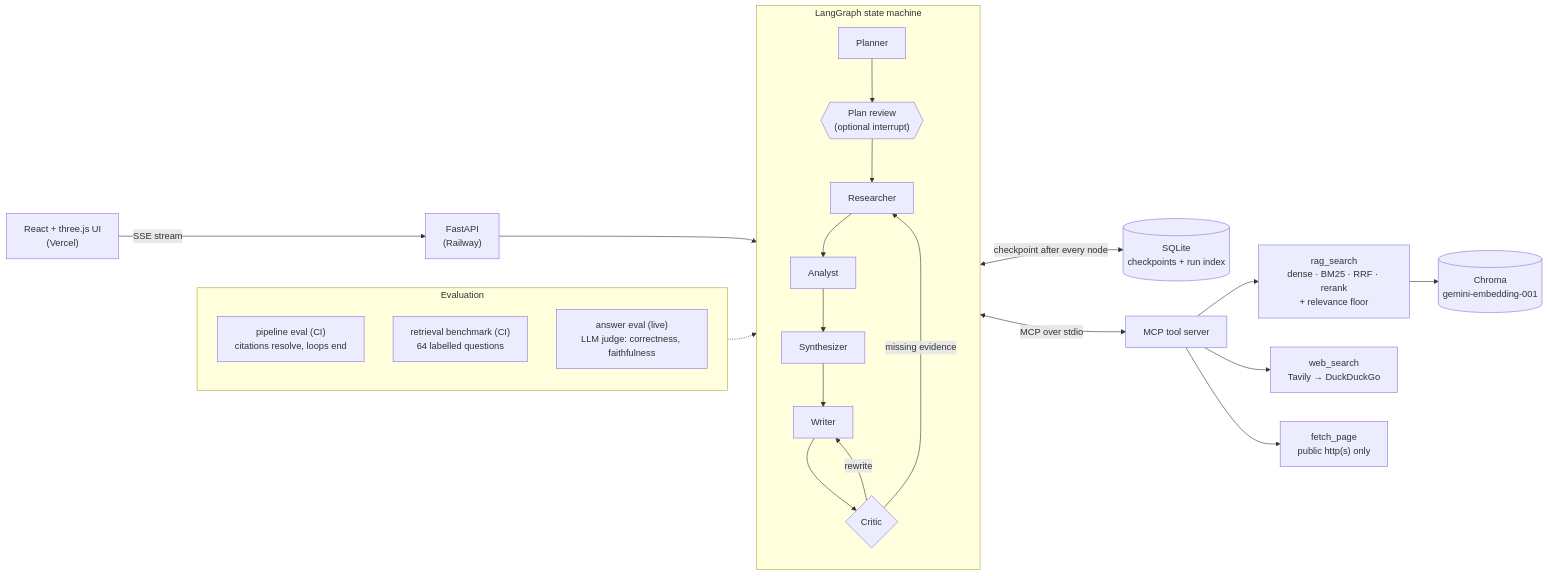
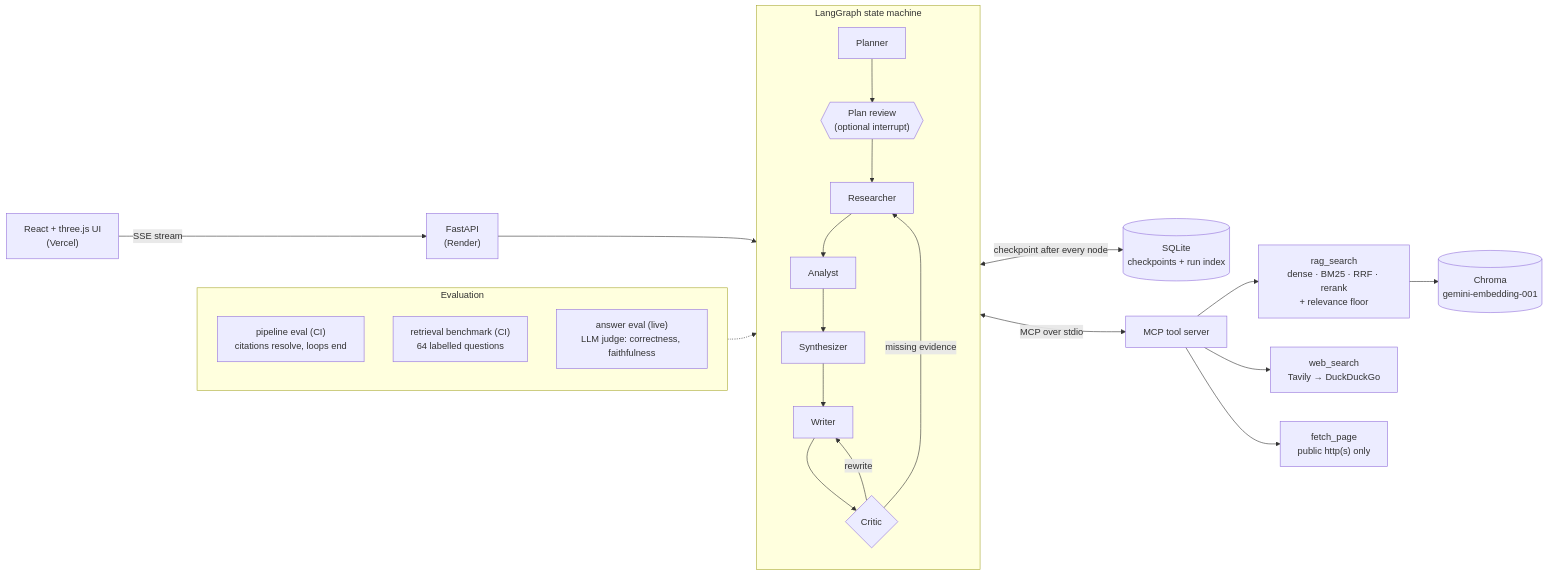
The diagram in README.md (rahuldabola/agentdesk), drawn with Mermaid before and after one commit. The commit also changed other lines of this file, not shown here.

Commit message:
README: the API now runs on Render (#23)

````diff
--- a/README.md
+++ b/README.md
@@ -69,28 +69,28 @@
 ```mermaid
 flowchart LR
-    UI["React + three.js UI<br/>(Vercel)"] -- "SSE stream" --> API["FastAPI<br/>(Railway)"]
+    UI["React + three.js UI<br/>(Vercel)"] -- "SSE stream" --> API["FastAPI<br/>(Render)"]
     API --> G
 
     subgraph G["LangGraph state machine"]
         direction TB
         P[Planner] --> H{{"Plan review<br/>(optional interrupt)"}} --> R[Researcher] --> A[Analyst] --> S[Synthesizer] --> W[Writer] --> C{Critic}
         C -- "rewrite" --> W
         C -- "missing evidence" --> R
     end
 
     G <-- "checkpoint after every node" --> CK[("SQLite<br/>checkpoints + run index")]
 
     R <-- "MCP over stdio" --> T["MCP tool server"]
     T --> RAG["rag_search<br/>dense · BM25 · RRF · rerank<br/>+ relevance floor"]
     T --> WEB["web_search<br/>Tavily → DuckDuckGo"]
     T --> FETCH["fetch_page<br/>public http(s) only"]
     RAG --> DB[("Chroma<br/>gemini-embedding-001")]
 
     subgraph EVAL["Evaluation"]
         direction TB
         E1["pipeline eval (CI)<br/>citations resolve, loops end"]
         E2["retrieval benchmark (CI)<br/>64 labelled questions"]
         E3["answer eval (live)<br/>LLM judge: correctness, faithfulness"]
     end
     EVAL -.-> G
 ```
````
